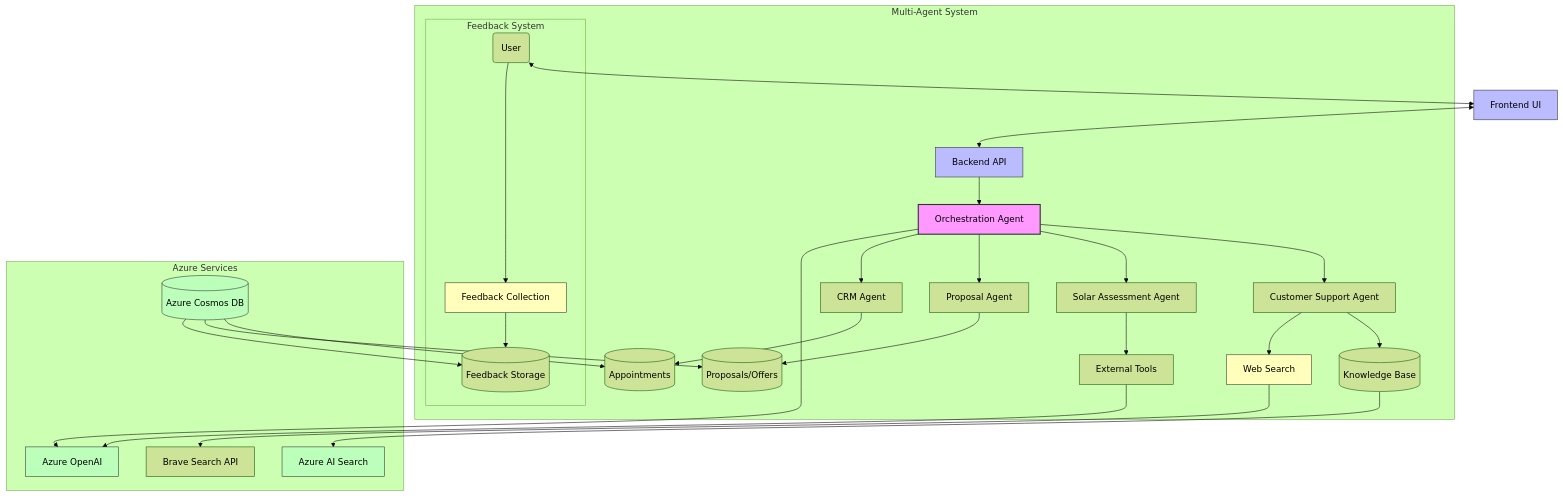
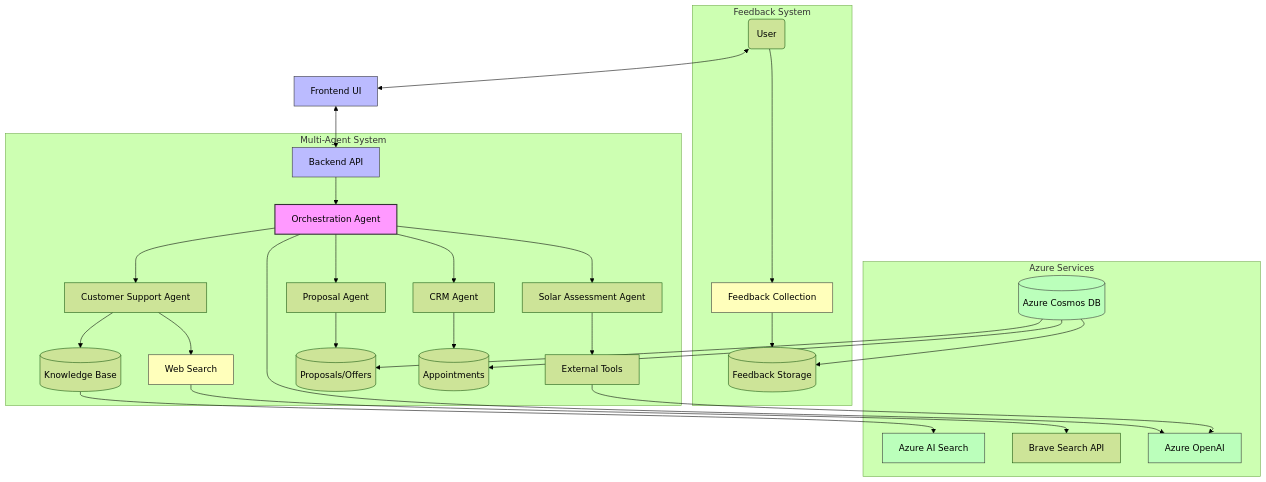
The diagram in README.md (JoshuaLevi/DemoSolar), drawn with Mermaid (forest theme) before and after one commit. The commit also changed other lines of this file and 26 other files, not shown here.

````diff
--- a/README.md
+++ b/README.md
@@ -16,44 +16,45 @@
 ```mermaid
 graph TD
     User(User) <--> Frontend[Frontend UI]
     Frontend <--> API[Backend API]
     
     subgraph "Multi-Agent System"
         API --> Orchestrator[Orchestration Agent]
         
         Orchestrator --> CS[Customer Support Agent]
         Orchestrator --> SA[Solar Assessment Agent]
         Orchestrator --> PA[Proposal Agent]
         Orchestrator --> CRM[CRM Agent]
         
         CS --> KB[(Knowledge Base)]
         CS --> WebSearch[Web Search]
         SA --> Tools[External Tools]
         PA --> Offers[(Proposals/Offers)]
         CRM --> Appointments[(Appointments)]
-        
-        subgraph "Feedback System"
-            User --> Feedback[Feedback Collection]
-            Feedback --> FeedbackDB[(Feedback Storage)]
-        end
+    end
+    
+    subgraph "Feedback System"
+        User --> FC[Feedback Collection]
+        FC --> FeedbackDB[(Feedback Storage)]
     end
     
     subgraph "Azure Services"
         KB --> AzSearch[Azure AI Search]
         WebSearch --> BraveAPI[Brave Search API]
         Tools --> AzOpenAI[Azure OpenAI]
         Orchestrator --> AzOpenAI
         CosmosDB[(Azure Cosmos DB)] --> Appointments
         CosmosDB --> Offers
         CosmosDB --> FeedbackDB
     end
     
-    style Orchestrator fill:#f9f,stroke:#333,stroke-width:2px
-    style Frontend fill:#bbf,stroke:#333,stroke-width:1px
-    style API fill:#bbf,stroke:#333,stroke-width:1px
-    style AzOpenAI fill:#bfb,stroke:#333,stroke-width:1px
-    style AzSearch fill:#bfb,stroke:#333,stroke-width:1px
-    style CosmosDB fill:#bfb,stroke:#333,stroke-width:1px
-    style Feedback fill:#ffb,stroke:#333,stroke-width:1px
-    style WebSearch fill:#ffb,stroke:#333,stroke-width:1px
+    classDef primary fill:#f9f,stroke:#333,stroke-width:2px
+    classDef secondary fill:#bbf,stroke:#333,stroke-width:1px
+    classDef azure fill:#bfb,stroke:#333,stroke-width:1px
+    classDef utility fill:#ffb,stroke:#333,stroke-width:1px
+    
+    class Orchestrator primary
+    class Frontend,API secondary
+    class AzOpenAI,AzSearch,CosmosDB azure
+    class FC,WebSearch utility
 ```
````
